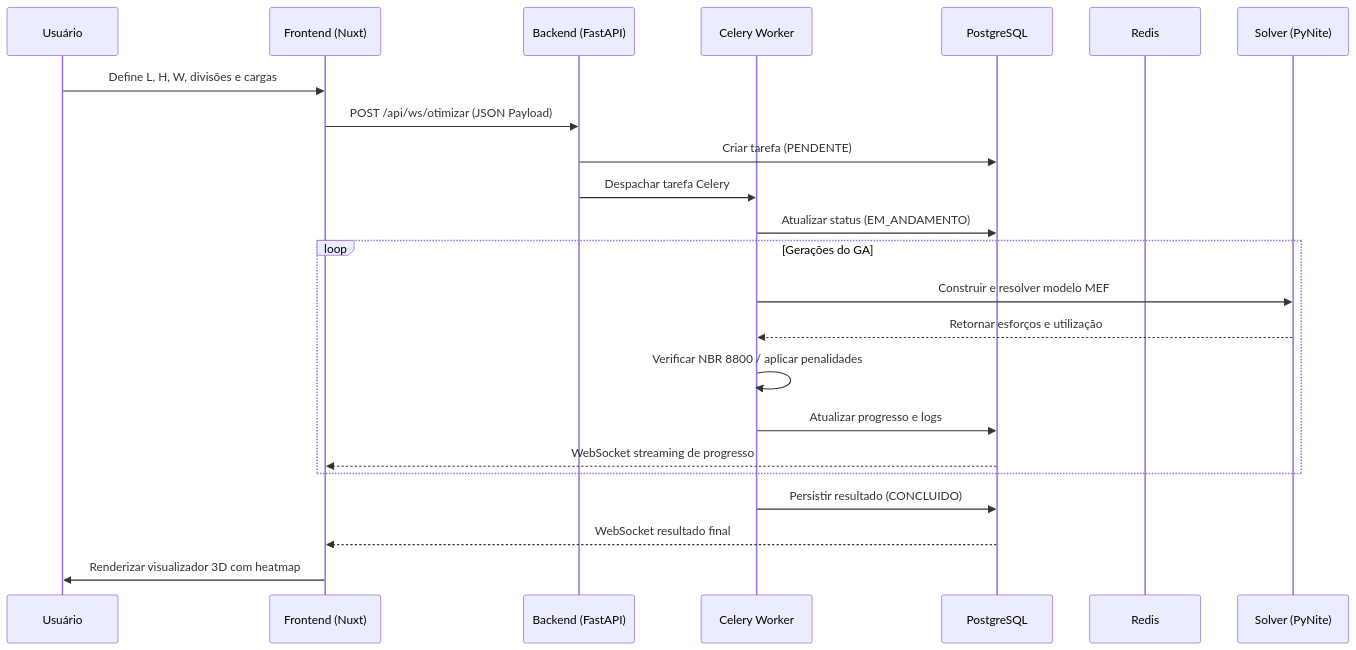
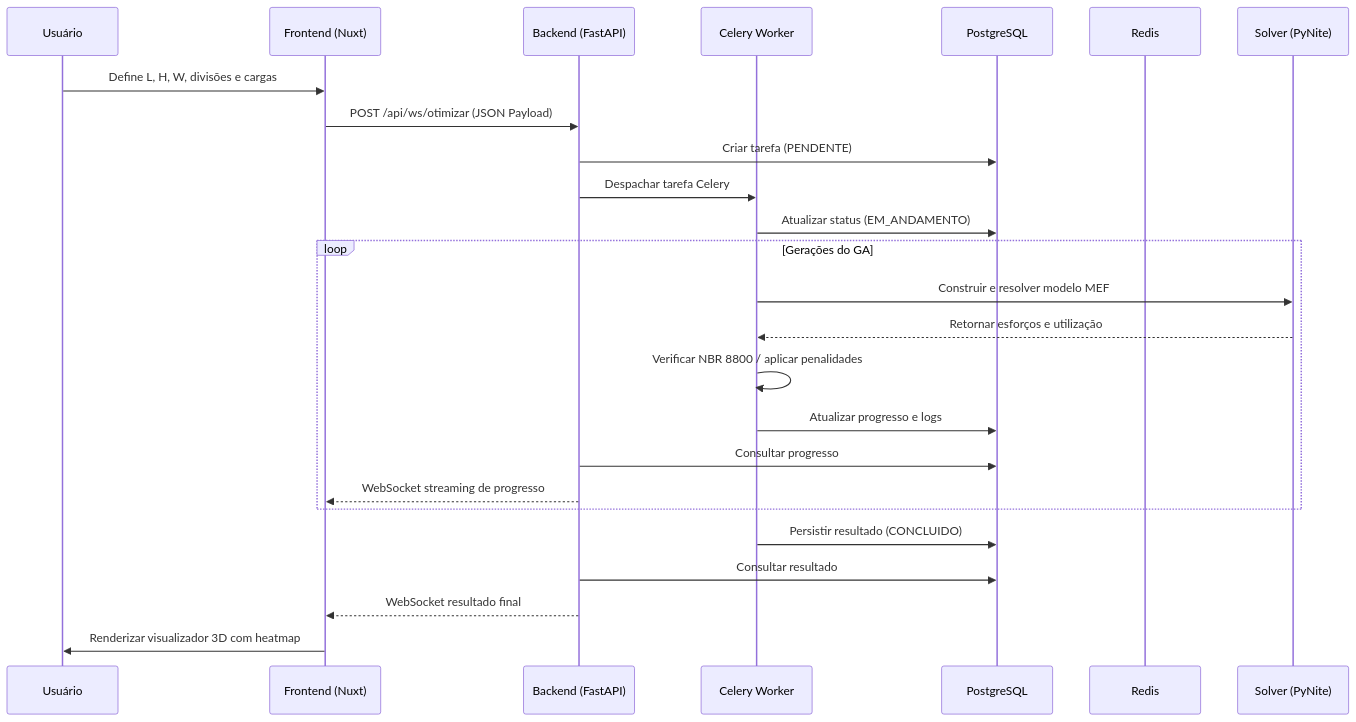
The third of 3 diagrams in README.md (paulomml/truss-opt-3d), drawn with Mermaid before and after one commit. The commit also changed other lines of this file and 40 other files, not shown here.

````diff
--- a/README.md
+++ b/README.md
@@ -246,26 +254,28 @@
 ```mermaid
 sequenceDiagram
     participant U as Usuário
     participant F as Frontend (Nuxt)
     participant B as Backend (FastAPI)
     participant C as Celery Worker
     participant D as PostgreSQL
     participant R as Redis
     participant S as Solver (PyNite)
 
     U->>F: Define L, H, W, divisões e cargas
     F->>B: POST /api/ws/otimizar (JSON Payload)
     B->>D: Criar tarefa (PENDENTE)
     B->>C: Despachar tarefa Celery
     C->>D: Atualizar status (EM_ANDAMENTO)
     Loop Gerações do GA
         C->>S: Construir e resolver modelo MEF
         S-->>C: Retornar esforços e utilização
         C->>C: Verificar NBR 8800 / aplicar penalidades
         C->>D: Atualizar progresso e logs
-        D-->>F: WebSocket streaming de progresso
+        B->>D: Consultar progresso
+        B-->>F: WebSocket streaming de progresso
     end
     C->>D: Persistir resultado (CONCLUIDO)
-    D-->>F: WebSocket resultado final
+    B->>D: Consultar resultado
+    B-->>F: WebSocket resultado final
     F->>U: Renderizar visualizador 3D com heatmap
 ```
````
